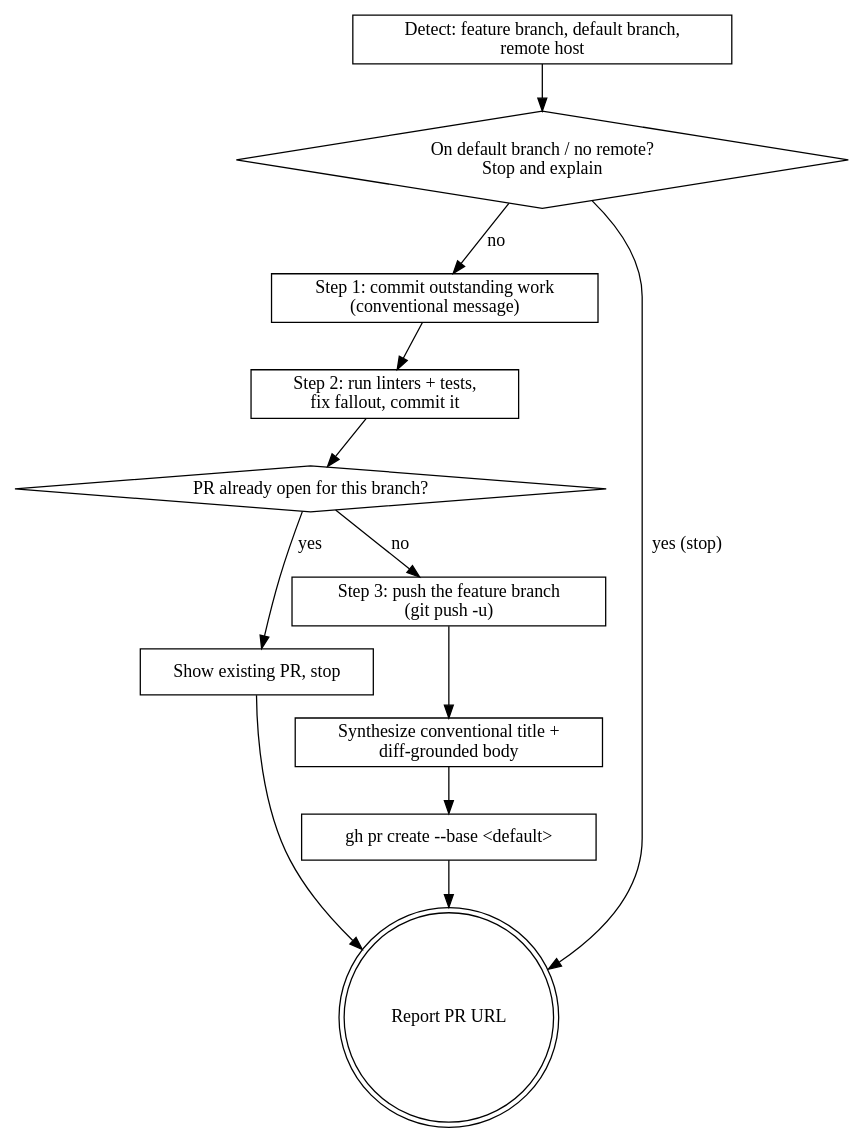
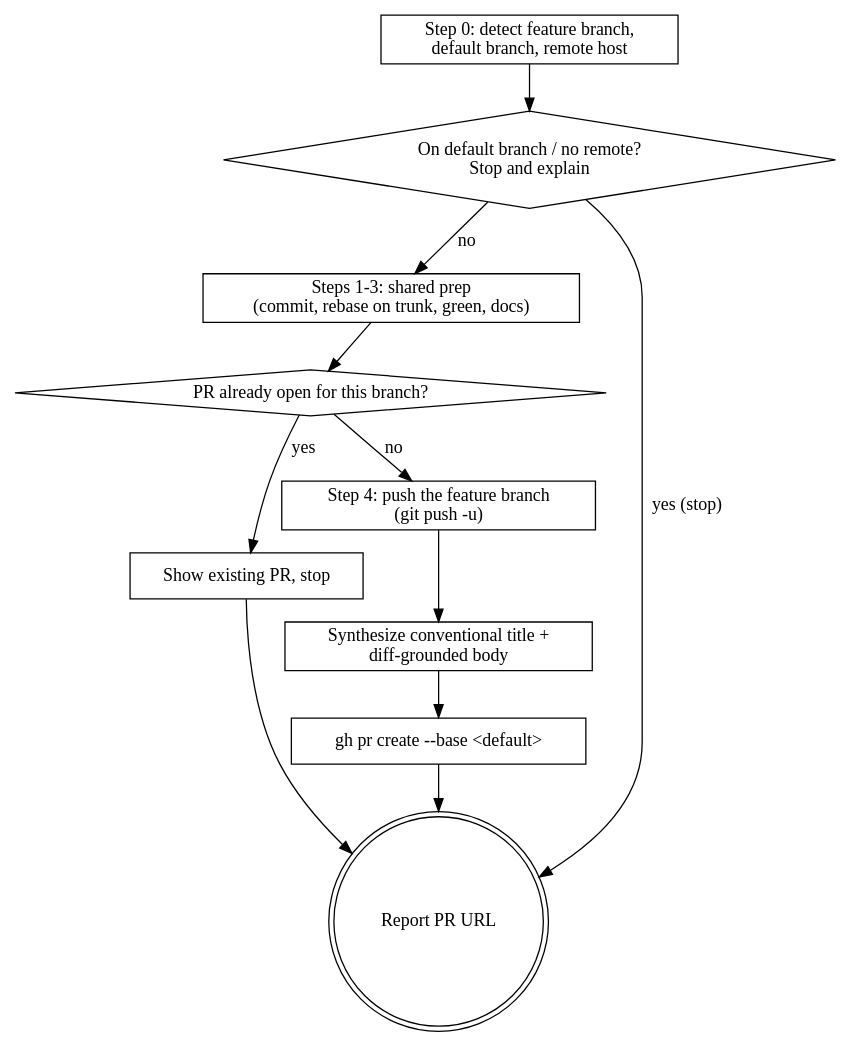
One commit to natelandau/cc-plugin changed the diagram in plugins/natelandau-toolkit/skills/pr/SKILL.md. Above: the diagram before and after it, drawn with Graphviz. The commit also changed other lines of this file and 3 other files, not shown here.

First line of the commit message:
fix(skills): share branch-finishing prep between /pr and /squash

````diff
--- a/plugins/natelandau-toolkit/skills/pr/SKILL.md
+++ b/plugins/natelandau-toolkit/skills/pr/SKILL.md
@@ -43,24 +43,23 @@
 ```dot
 digraph pr {
   rankdir=TB; node [shape=box];
-  detect   [label="Detect: feature branch, default branch,\nremote host"];
+  detect   [label="Step 0: detect feature branch,\ndefault branch, remote host"];
   refuse   [label="On default branch / no remote?\nStop and explain" shape=diamond];
-  commit1  [label="Step 1: commit outstanding work\n(conventional message)"];
-  green    [label="Step 2: run linters + tests,\nfix fallout, commit it"];
+  prep     [label="Steps 1-3: shared prep\n(commit, rebase on trunk, green, docs)"];
   exists   [label="PR already open for this branch?" shape=diamond];
   show     [label="Show existing PR, stop"];
-  push     [label="Step 3: push the feature branch\n(git push -u)"];
+  push     [label="Step 4: push the feature branch\n(git push -u)"];
   body     [label="Synthesize conventional title +\ndiff-grounded body"];
   create   [label="gh pr create --base <default>"];
   done     [label="Report PR URL" shape=doublecircle];
 
   detect -> refuse;
   refuse -> done [label="yes (stop)"];
-  refuse -> commit1 [label="no"];
-  commit1 -> green -> exists;
+  refuse -> prep [label="no"];
+  prep -> exists;
   exists -> show [label="yes"];
   show -> done;
   exists -> push [label="no"];
   push -> body -> create -> done;
 }
 ```
````
